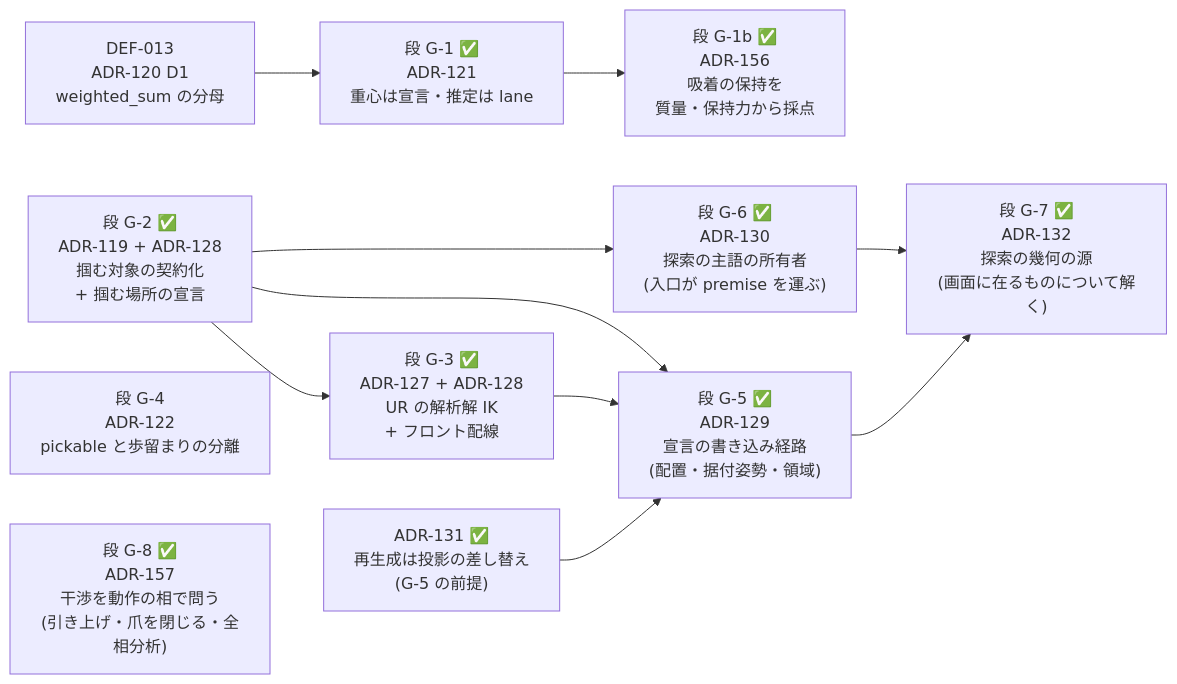
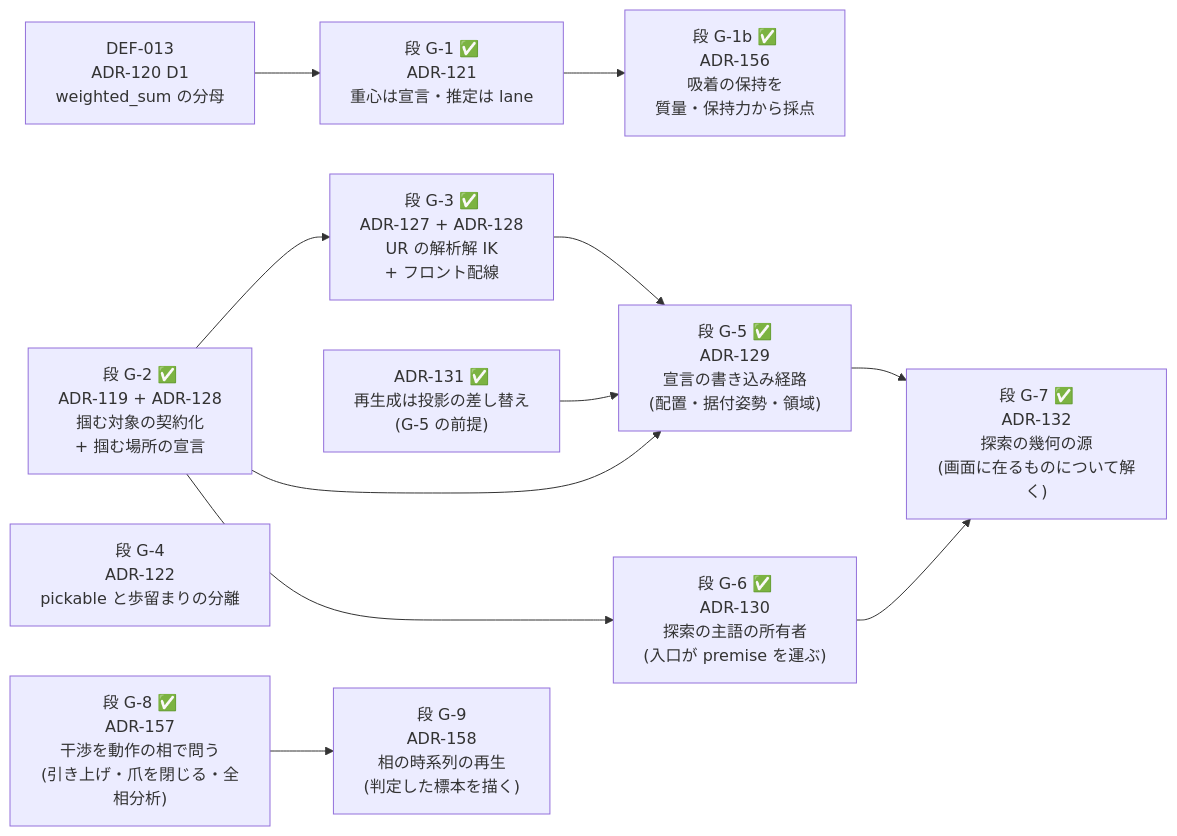
The diagram in docs/grasp/implementation-order.md (yuubae215/easy-extrude), drawn with Mermaid before and after one commit. The commit also changed other lines of this file and 6 other files, not shown here.

````diff
--- a/docs/grasp/implementation-order.md
+++ b/docs/grasp/implementation-order.md
@@ -27,21 +27,23 @@
 ```mermaid
 graph LR
   D13["DEF-013<br/>ADR-120 D1<br/>weighted_sum の分母"] --> S1
   S1["段 G-1 ✅<br/>ADR-121<br/>重心は宣言・推定は lane"]
   S1 --> S1B
   S1B["段 G-1b ✅<br/>ADR-156<br/>吸着の保持を<br/>質量・保持力から採点"]
   S2["段 G-2 ✅<br/>ADR-119 + ADR-128<br/>掴む対象の契約化<br/>+ 掴む場所の宣言"]
   S3["段 G-4<br/>ADR-122<br/>pickable と歩留まりの分離"]
   S2 --> S4
   S4["段 G-3 ✅<br/>ADR-127 + ADR-128<br/>UR の解析解 IK<br/>+ フロント配線"]
   S2 --> S5
   S4 --> S5
   S5["段 G-5 ✅<br/>ADR-129<br/>宣言の書き込み経路<br/>(配置・据付姿勢・領域)"]
   S2 --> S6
   S5P["ADR-131 ✅<br/>再生成は投影の差し替え<br/>(G-5 の前提)"] --> S5
   S6["段 G-6 ✅<br/>ADR-130<br/>探索の主語の所有者<br/>(入口が premise を運ぶ)"]
   S6 --> S7
   S5 --> S7
   S7["段 G-7 ✅<br/>ADR-132<br/>探索の幾何の源<br/>(画面に在るものについて解く)"]
   S8["段 G-8 ✅<br/>ADR-157<br/>干渉を動作の相で問う<br/>(引き上げ・爪を閉じる・全相分析)"]
+  S8 --> S9
+  S9["段 G-9<br/>ADR-158<br/>相の時系列の再生<br/>(判定した標本を描く)"]
 ```
````
